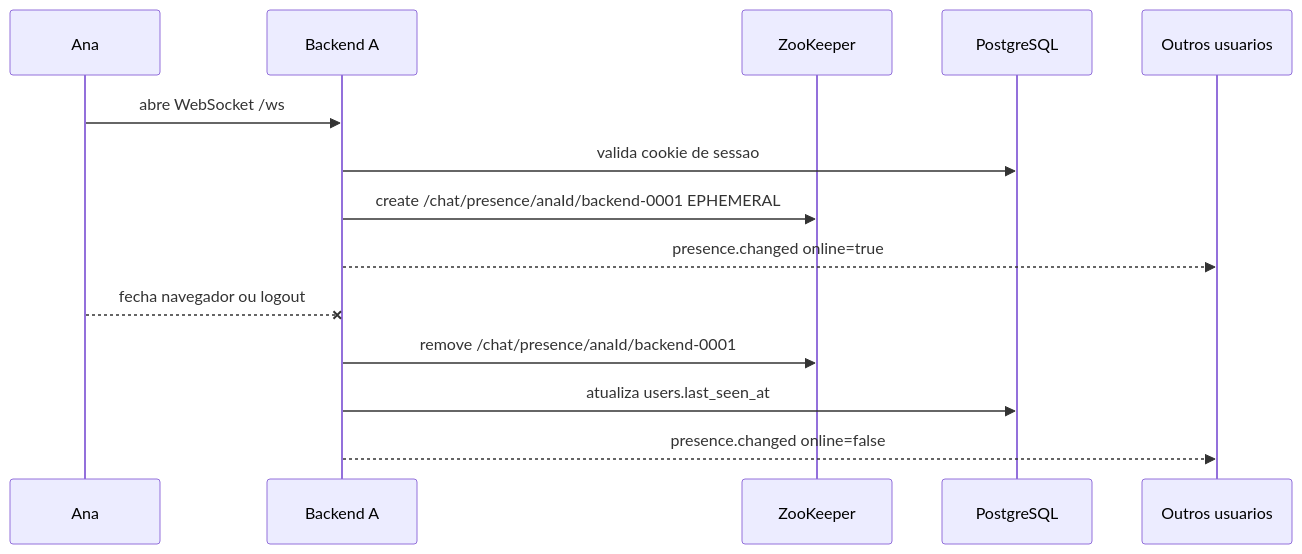
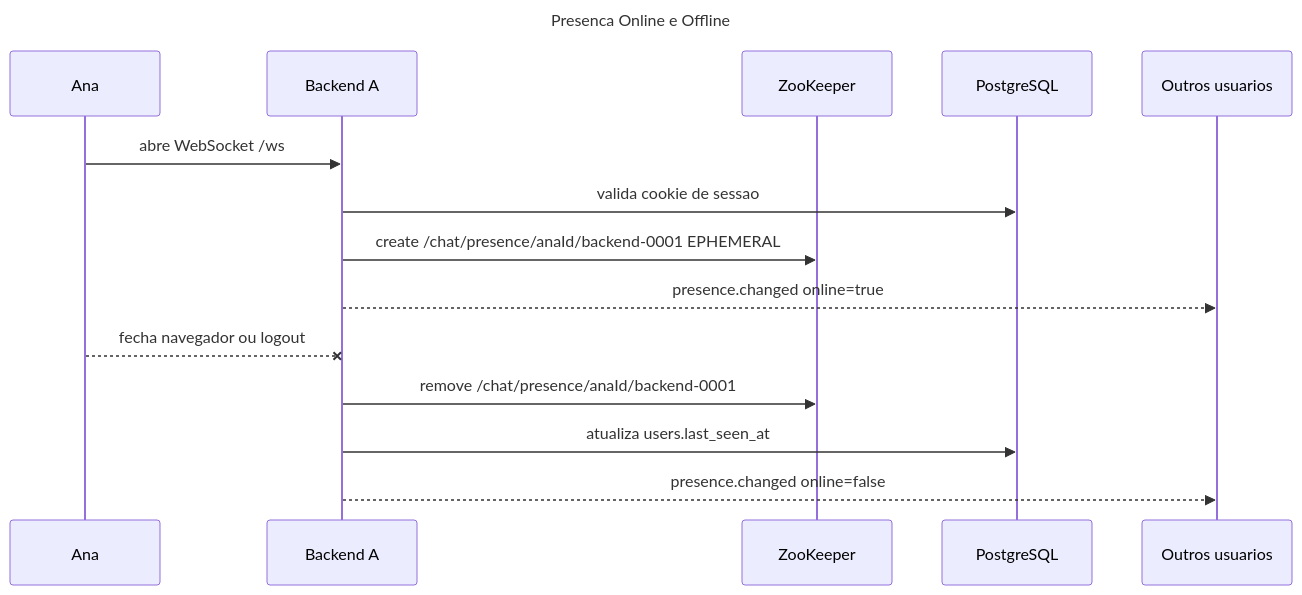
The fifth of 10 diagrams in docs/diagrams.md (jvmr1/chat-distribuido), drawn with Mermaid before and after one commit. The commit also changed other lines of this file and 13 other files, not shown here.

Commit message:
diagramas

````diff
--- a/docs/diagrams.md
+++ b/docs/diagrams.md
@@ -117,18 +138,21 @@
 ```mermaid
+---
+title: Presenca Online e Offline
+---
 sequenceDiagram
   participant Ana as Ana
   participant B1 as Backend A
   participant ZK as ZooKeeper
   participant DB as PostgreSQL
   participant Outros as Outros usuarios
 
   Ana->>B1: abre WebSocket /ws
   B1->>DB: valida cookie de sessao
   B1->>ZK: create /chat/presence/anaId/backend-0001 EPHEMERAL
   B1-->>Outros: presence.changed online=true
 
   Ana--xB1: fecha navegador ou logout
   B1->>ZK: remove /chat/presence/anaId/backend-0001
   B1->>DB: atualiza users.last_seen_at
   B1-->>Outros: presence.changed online=false
 ```
````
